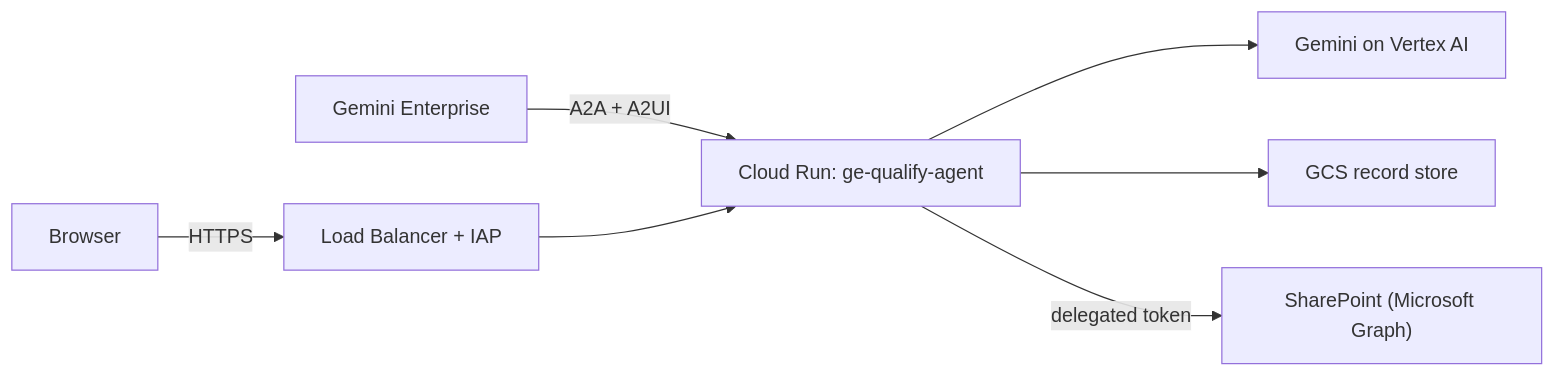
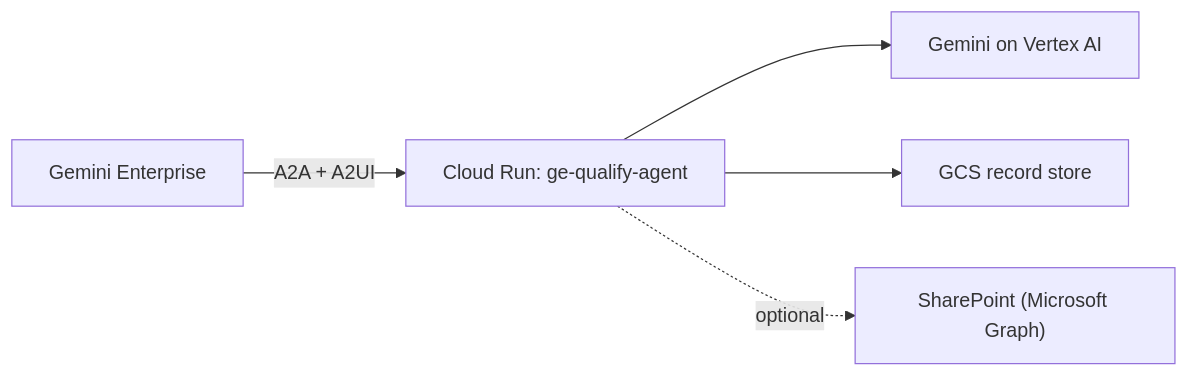
One commit to giuliosalierno/ge-qualify-agent changed the diagram in README.md. Above: the diagram before and after it, drawn with Mermaid. The commit also changed other lines of this file, not shown here.

````diff
--- a/README.md
+++ b/README.md
@@ -57,8 +37,7 @@
 ```mermaid
 flowchart LR
     GE["Gemini Enterprise"] -- "A2A + A2UI" --> CR["Cloud Run: ge-qualify-agent"]
-    Browser -- "HTTPS" --> LB["Load Balancer + IAP"] --> CR
     CR --> Gemini["Gemini on Vertex AI"]
     CR --> GCS["GCS record store"]
-    CR -- "delegated token" --> SP["SharePoint (Microsoft Graph)"]
+    CR -. "optional" .-> SP["SharePoint (Microsoft Graph)"]
 ```
````
